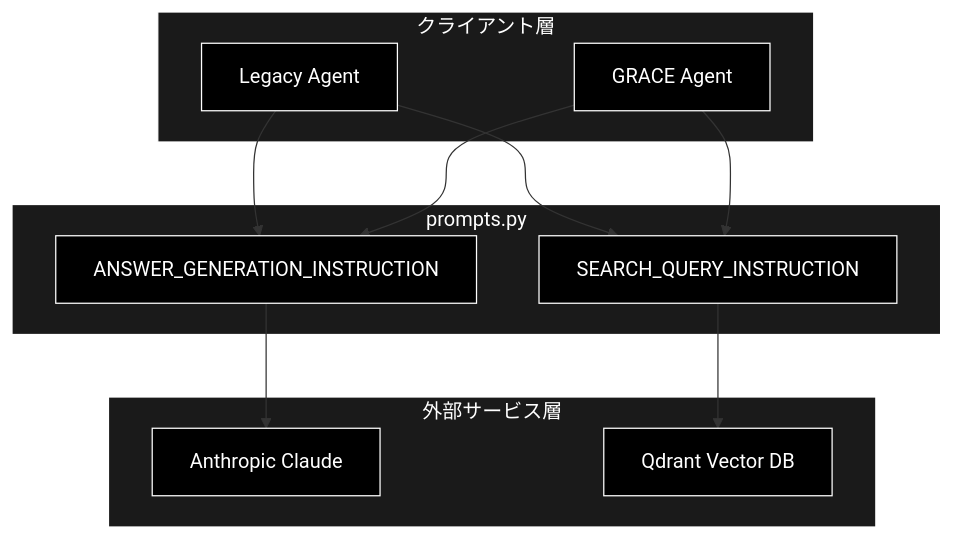
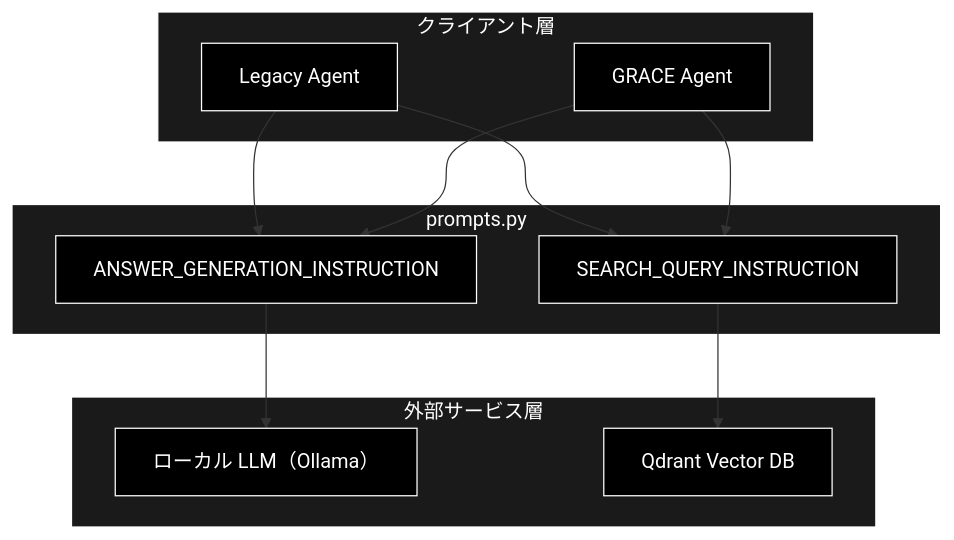
Before and after one commit to nakashima2toshio/grace_v2_local: the first of 3 diagrams in services/docs/prompts.md, drawn with Mermaid. The commit also changed other lines of this file and 36 other files, not shown here.

First line of the commit message:
docs: 「LLM は Anthropic Claude」・旧既定モデルの記述を Ollama 版の実態へ直す（作業途中）

````diff
--- a/services/docs/prompts.md
+++ b/services/docs/prompts.md
@@ -56,30 +56,30 @@
 ```mermaid
 flowchart TB
     subgraph CLIENT["クライアント層"]
         LEGACY["Legacy Agent"]
         GRACE["GRACE Agent"]
     end
 
     subgraph MODULE["prompts.py"]
         SQI["SEARCH_QUERY_INSTRUCTION"]
         AGI["ANSWER_GENERATION_INSTRUCTION"]
     end
 
     subgraph EXTERNAL["外部サービス層"]
-        LLM["Anthropic Claude"]
+        LLM["ローカル LLM（Ollama）"]
         QDRANT["Qdrant Vector DB"]
     end
 
     LEGACY --> SQI
     LEGACY --> AGI
     GRACE --> SQI
     GRACE --> AGI
     SQI --> QDRANT
     AGI --> LLM
 classDef default fill:#000,stroke:#fff,color:#fff
 classDef subgraphStyle fill:#1a1a1a,stroke:#fff,color:#fff
 class LEGACY,GRACE,SQI,AGI,LLM,QDRANT default
 style CLIENT fill:#1a1a1a,stroke:#fff,color:#fff
 style MODULE fill:#1a1a1a,stroke:#fff,color:#fff
 style EXTERNAL fill:#1a1a1a,stroke:#fff,color:#fff
 ```
````
